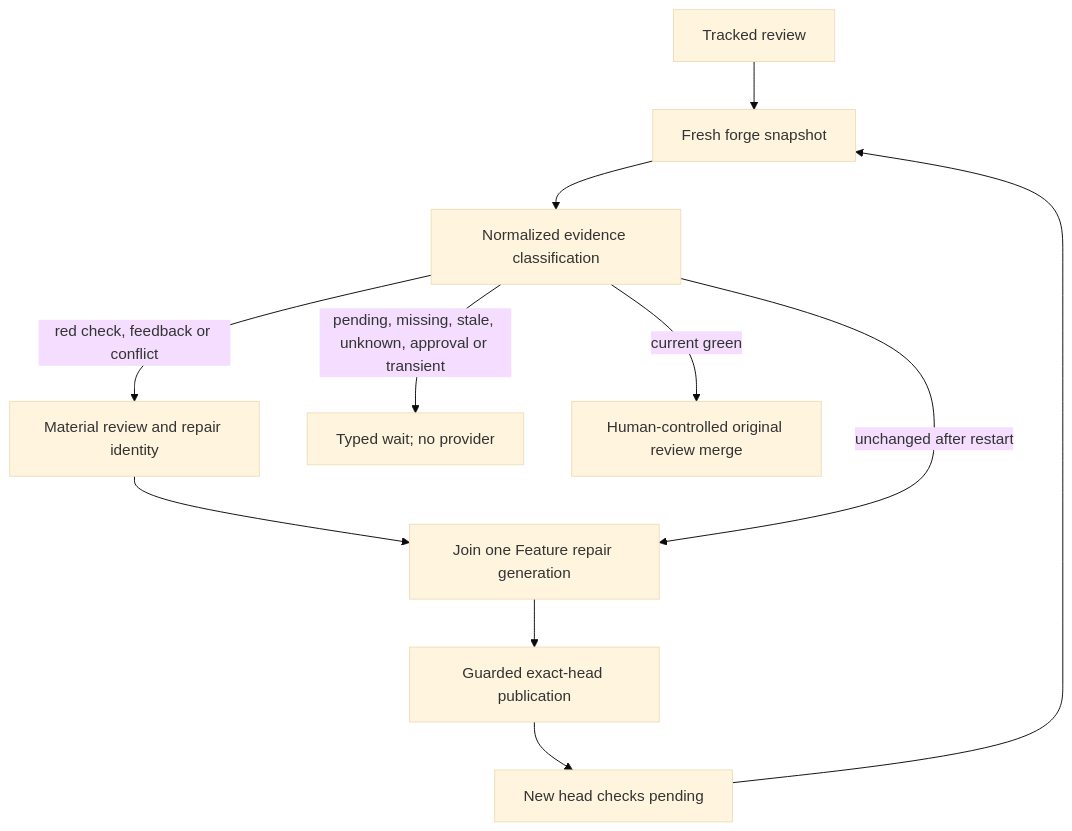
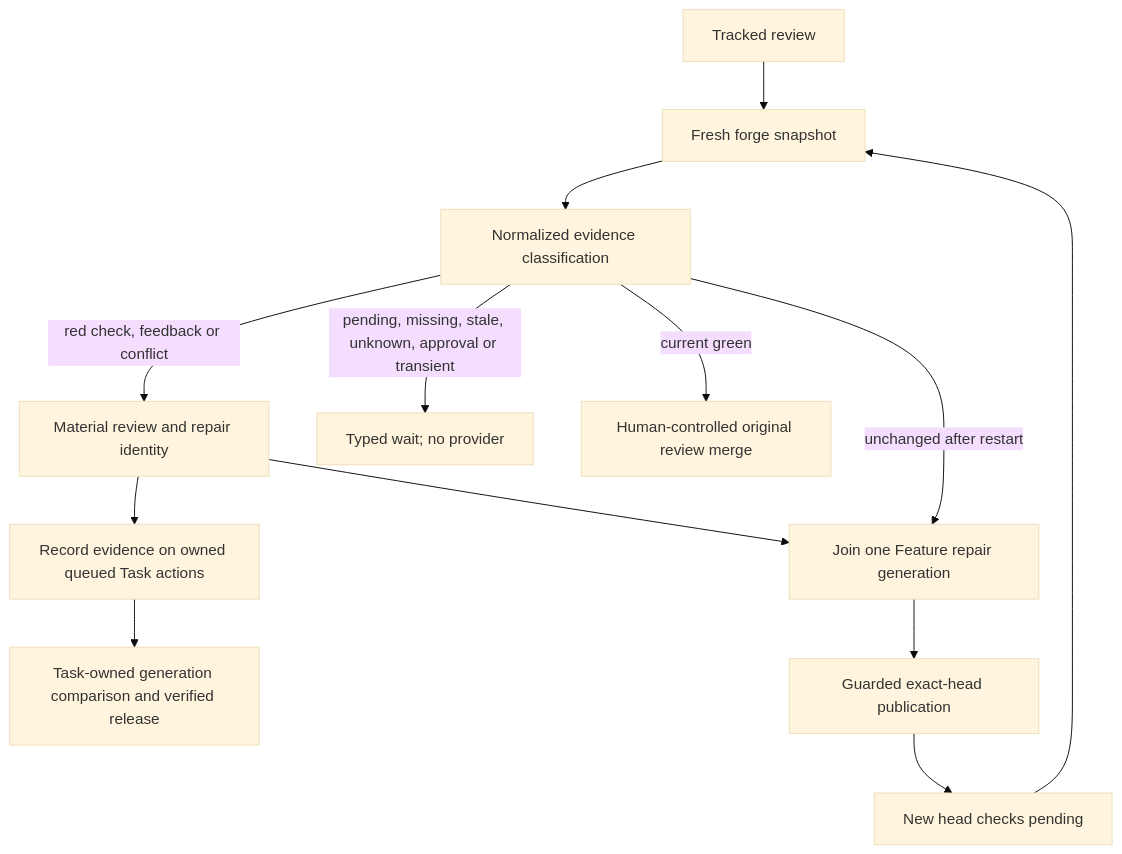
One commit to vincentc-b/CascadeCode changed the first of 3 diagrams in cascade/watchdog/DESIGN.md. Above: the diagram before and after it, drawn with Mermaid (base theme). The commit also changed other lines of this file and 6 other files, not shown here.

Commit message:
docs: expose review observation across Watchdog and Task architecture

````diff
--- a/cascade/watchdog/DESIGN.md
+++ b/cascade/watchdog/DESIGN.md
@@ -350,13 +353,15 @@
 ```mermaid
 flowchart TD
     Review[Tracked review] --> Snapshot[Fresh forge snapshot]
     Snapshot --> Classify[Normalized evidence classification]
     Classify -->|red check, feedback or conflict| Identity[Material review and repair identity]
+    Identity --> Fence[Record evidence on owned queued Task actions]
+    Fence --> Task[Task-owned generation comparison and verified release]
     Identity --> Repair[Join one Feature repair generation]
     Repair --> Publish[Guarded exact-head publication]
     Publish --> Pending[New head checks pending]
     Classify -->|pending, missing, stale, unknown, approval or transient| Wait[Typed wait; no provider]
     Pending --> Snapshot
     Classify -->|current green| Human[Human-controlled original review merge]
     Classify -->|unchanged after restart| Repair
 ```
````
